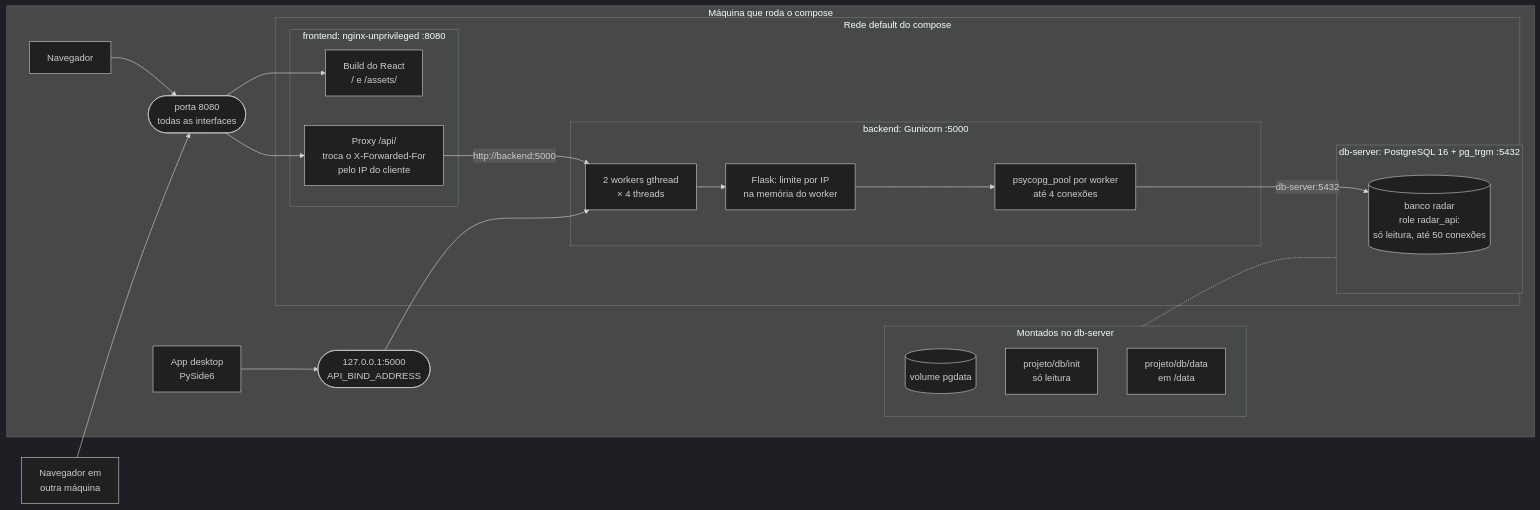
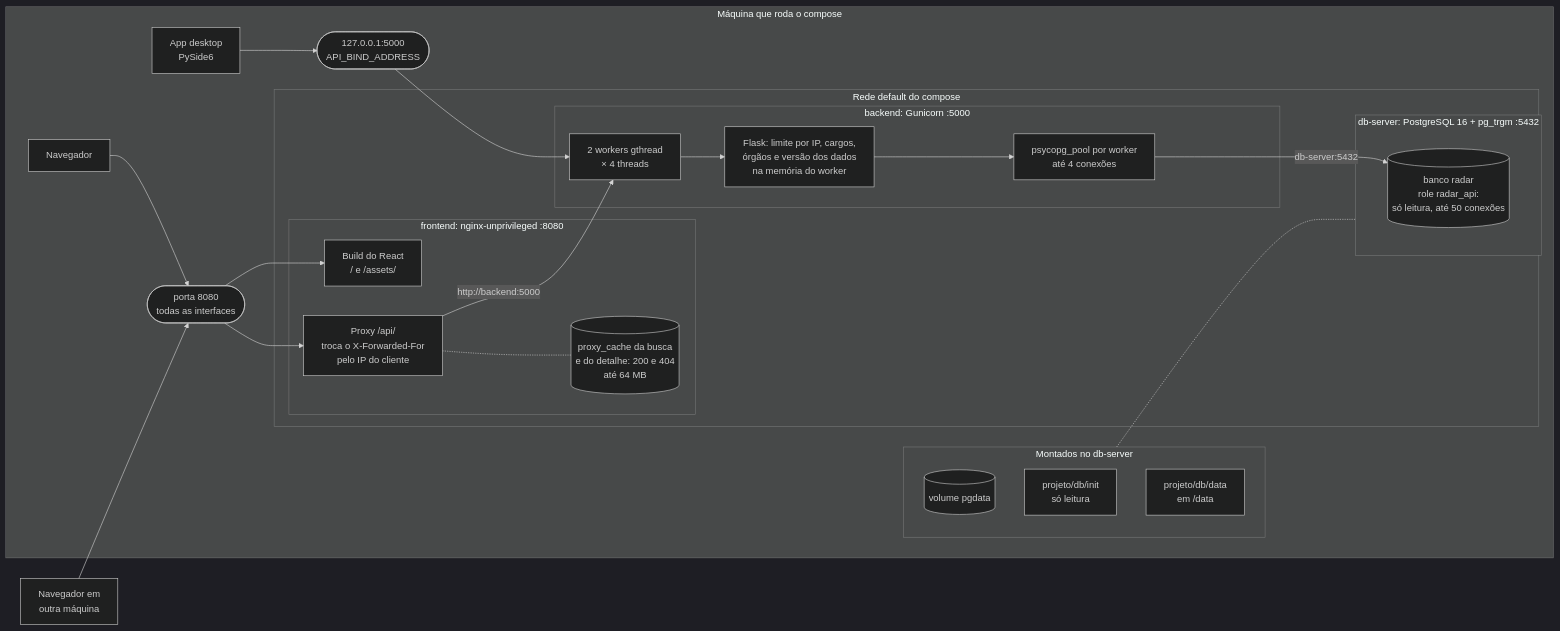
One commit to cerfdotdev/radar-publico changed the first of 5 diagrams in docs/arquitetura.md. Above: the diagram before and after it, drawn with Mermaid (dark theme). The commit also changed other lines of this file and 5 other files, not shown here.

````diff
--- a/docs/arquitetura.md
+++ b/docs/arquitetura.md
@@ -20,43 +20,45 @@
 ```mermaid
 flowchart LR
     outra["Navegador em<br/>outra máquina"]
 
     subgraph host["Máquina que roda o compose"]
         nav["Navegador"]
         desk["App desktop<br/>PySide6"]
         p8080(["porta 8080<br/>todas as interfaces"])
         p5000(["127.0.0.1:5000<br/>API_BIND_ADDRESS"])
 
         subgraph rede["Rede default do compose"]
             subgraph fe["frontend: nginx-unprivileged :8080"]
                 spa["Build do React<br/>/ e /assets/"]
                 prx["Proxy /api/<br/>troca o X-Forwarded-For<br/>pelo IP do cliente"]
+                cache[("proxy_cache da busca<br/>e do detalhe: 200 e 404<br/>até 64 MB")]
             end
             subgraph be["backend: Gunicorn :5000"]
                 gun["2 workers gthread<br/>× 4 threads"]
-                app["Flask: limite por IP<br/>na memória do worker"]
+                app["Flask: limite por IP, cargos,<br/>órgãos e versão dos dados<br/>na memória do worker"]
                 pool["psycopg_pool por worker<br/>até 4 conexões"]
             end
             subgraph dbs["db-server: PostgreSQL 16 + pg_trgm :5432"]
                 pg[("banco radar<br/>role radar_api:<br/>só leitura, até 50 conexões")]
             end
         end
 
         subgraph disco["Montados no db-server"]
             vol[("volume pgdata")]
             init["projeto/db/init<br/>só leitura"]
             dados["projeto/db/data<br/>em /data"]
         end
     end
 
     nav --> p8080
     outra --> p8080
     desk --> p5000
     p8080 --> spa
     p8080 --> prx
+    prx -.- cache
     prx -- "http://backend:5000" --> gun
     p5000 --> gun
     gun --> app --> pool
     pool -- "db-server:5432" --> pg
     disco -.- dbs
 ```
````
